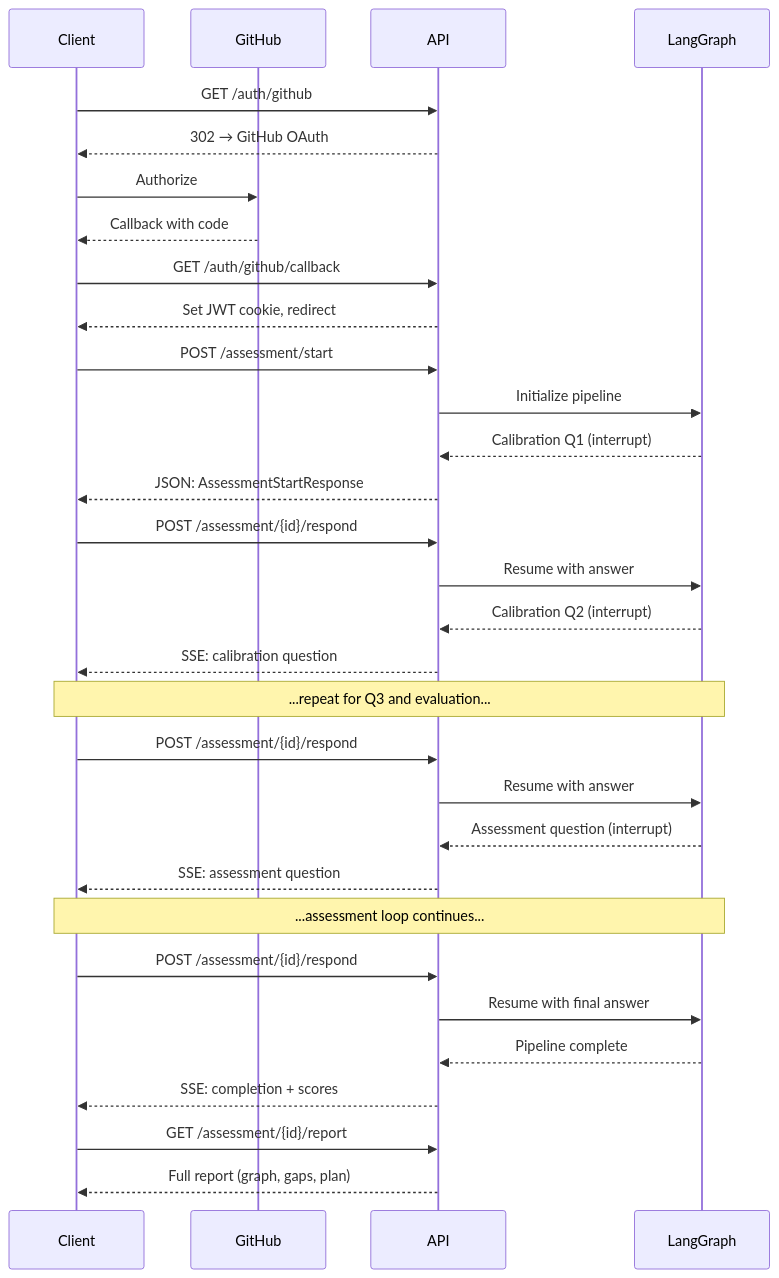
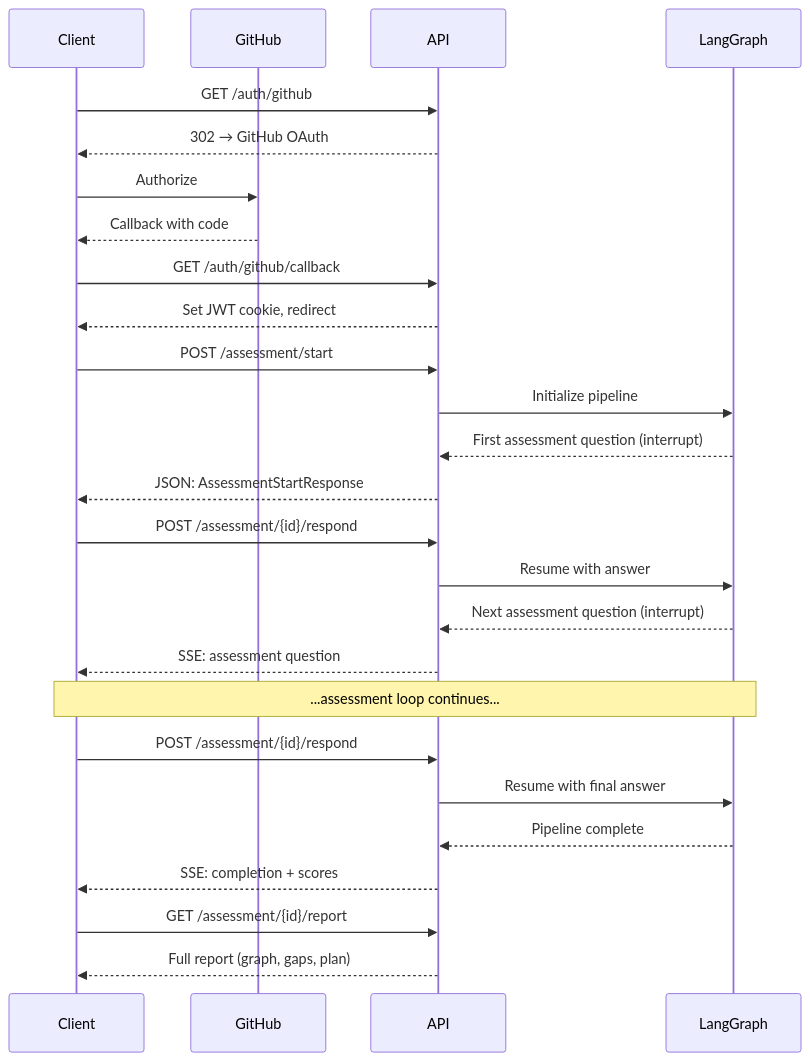
The diagram in docs/guides/api-reference.md (onegunsamurai/OpenLearning), drawn with Mermaid before and after one commit. The commit also changed other lines of this file and 47 other files, not shown here.

First line of the commit message:
feat: remove calibration phase from assessment pipeline (#161)

````diff
--- a/docs/guides/api-reference.md
+++ b/docs/guides/api-reference.md
@@ -862,41 +856,34 @@
 ```mermaid
 sequenceDiagram
     participant Client
     participant GitHub
     participant API
     participant LangGraph
 
     Client->>API: GET /auth/github
     API-->>Client: 302 → GitHub OAuth
     Client->>GitHub: Authorize
     GitHub-->>Client: Callback with code
     Client->>API: GET /auth/github/callback
     API-->>Client: Set JWT cookie, redirect
 
     Client->>API: POST /assessment/start
     API->>LangGraph: Initialize pipeline
-    LangGraph-->>API: Calibration Q1 (interrupt)
+    LangGraph-->>API: First assessment question (interrupt)
     API-->>Client: JSON: AssessmentStartResponse
 
     Client->>API: POST /assessment/{id}/respond
     API->>LangGraph: Resume with answer
-    LangGraph-->>API: Calibration Q2 (interrupt)
-    API-->>Client: SSE: calibration question
-
-    Note over Client,LangGraph: ...repeat for Q3 and evaluation...
-
-    Client->>API: POST /assessment/{id}/respond
-    API->>LangGraph: Resume with answer
-    LangGraph-->>API: Assessment question (interrupt)
+    LangGraph-->>API: Next assessment question (interrupt)
     API-->>Client: SSE: assessment question
 
     Note over Client,LangGraph: ...assessment loop continues...
 
     Client->>API: POST /assessment/{id}/respond
     API->>LangGraph: Resume with final answer
     LangGraph-->>API: Pipeline complete
     API-->>Client: SSE: completion + scores
 
     Client->>API: GET /assessment/{id}/report
     API-->>Client: Full report (graph, gaps, plan)
 ```
````
